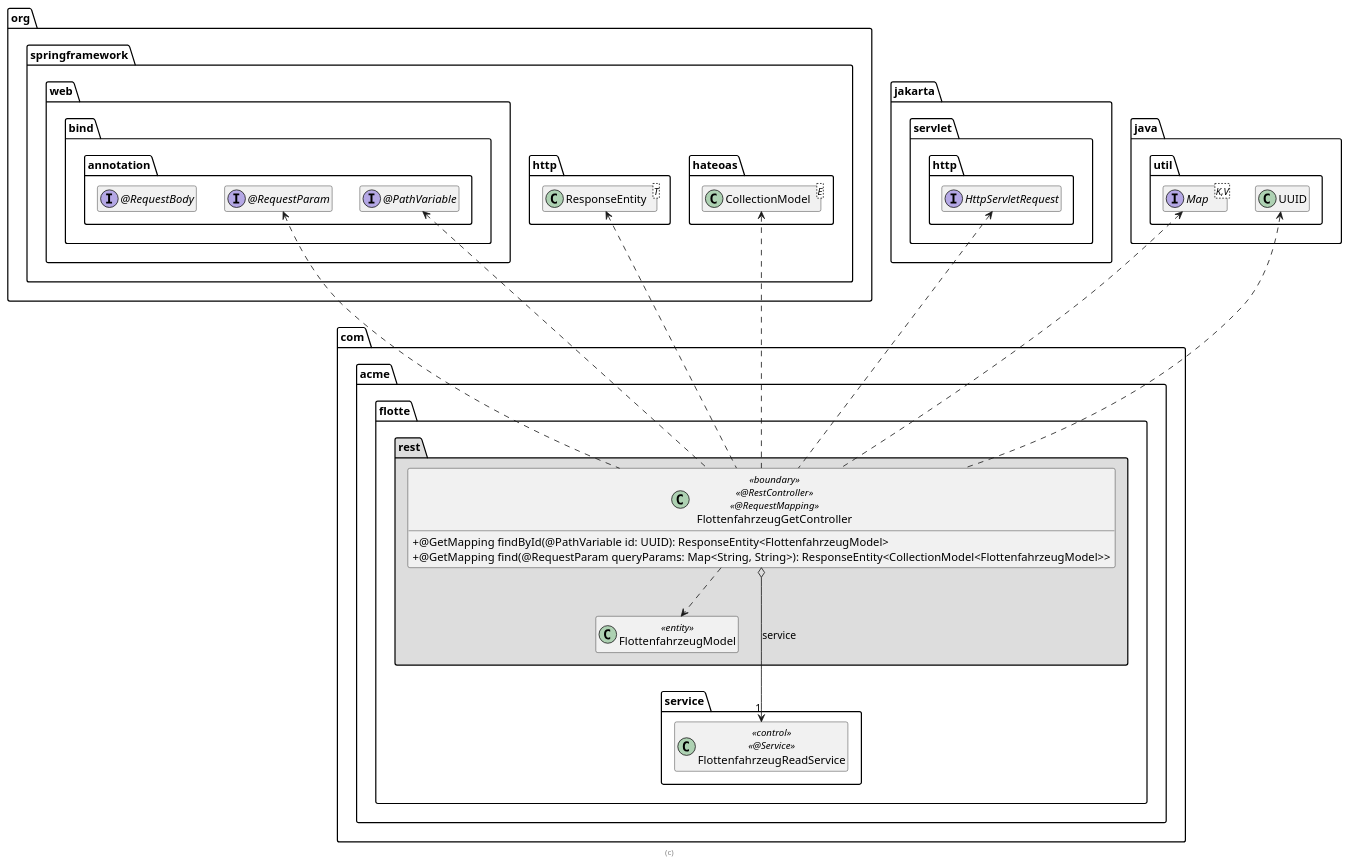
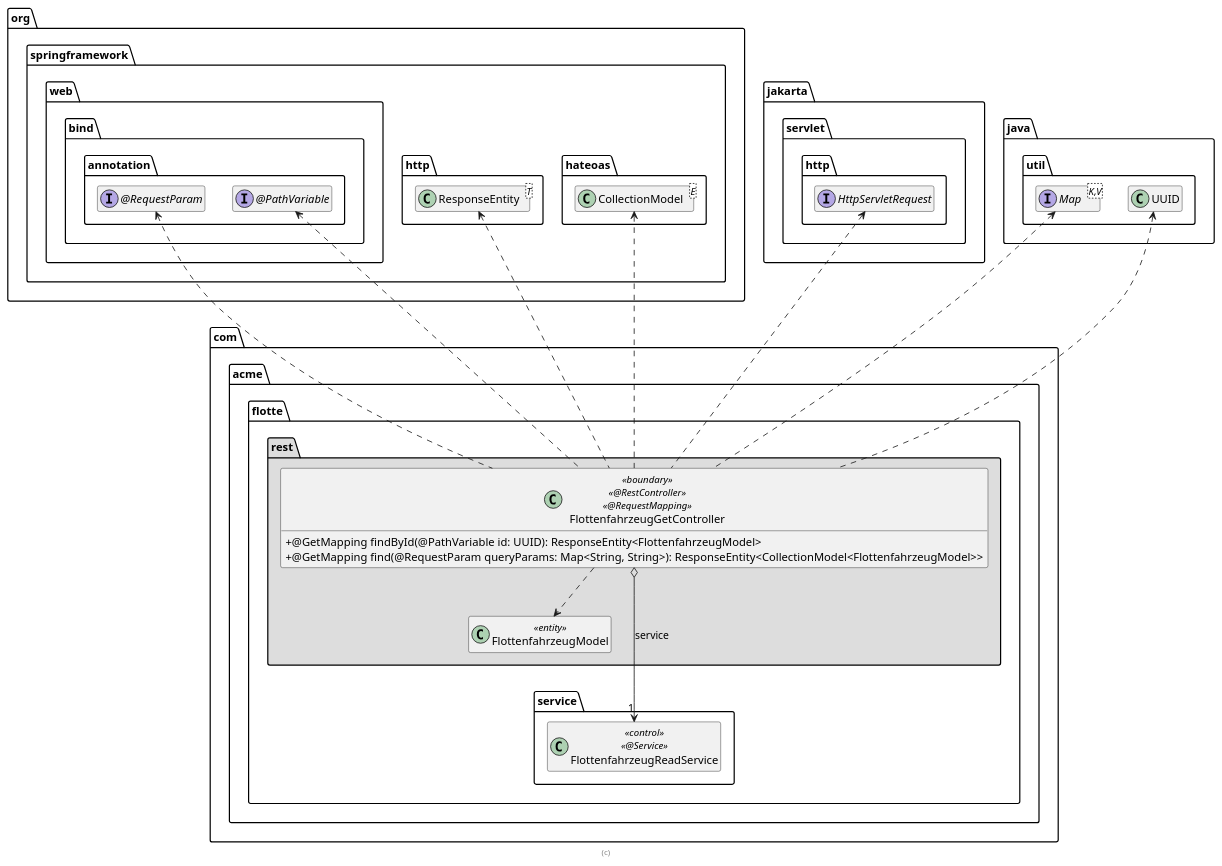
The diagram in extras/doc/FlottenfahrzeugGetController.plantuml.puml (simo1012/flotte-v12), drawn with PlantUML before and after one commit. The commit also changed 9 other files, not shown here.

```diff
--- a/extras/doc/FlottenfahrzeugGetController.plantuml.puml
+++ b/extras/doc/FlottenfahrzeugGetController.plantuml.puml
@@ -2,64 +2,65 @@
 @startuml FlottenfahrzeugGetController
 
 skinparam classAttributeIconSize 0
 
 package org.springframework {
     package web.bind.annotation {
         interface "@PathVariable" as PathVariable
 
         interface "@RequestParam" as RequestParam
 
-        interface "@RequestBody" as RequestBody
+
+
     }
 
     package http {
         class ResponseEntity<T>
     }
     package hateoas {
         class CollectionModel<E>
     }
 }
 
 package jakarta.servlet.http {
     interface HttpServletRequest
 }
 
 package java.util {
     interface Map<K,V>
     class UUID
 }
 
 package com.acme.flotte {
     package service {
         class FlottenfahrzeugReadService << control >> << @Service >>
     }
 
     package rest #DDDDDD {
         class FlottenfahrzeugModel <<entity>>
 
         class FlottenfahrzeugGetController << boundary >> << @RestController >> << @RequestMapping >> {
             + @GetMapping findById(@PathVariable id: UUID): ResponseEntity<FlottenfahrzeugModel>
             + @GetMapping find(@RequestParam queryParams: Map<String, String>): ResponseEntity<CollectionModel<FlottenfahrzeugModel>>
         }
 
         FlottenfahrzeugGetController o-right-> "1" FlottenfahrzeugReadService : service
         FlottenfahrzeugGetController ..> FlottenfahrzeugModel
 
         FlottenfahrzeugGetController .up.> ResponseEntity
         FlottenfahrzeugGetController .up.> CollectionModel
         FlottenfahrzeugGetController .up.> HttpServletRequest
         FlottenfahrzeugGetController .up.> PathVariable
         FlottenfahrzeugGetController .up.> RequestParam
 
         FlottenfahrzeugGetController .up.> UUID
         FlottenfahrzeugGetController .up.> Map
 
         FlottenfahrzeugModel .[hidden].> FlottenfahrzeugReadService
     }
 }
 
 hide empty members
 
 footer (c)
 
 @enduml
```
